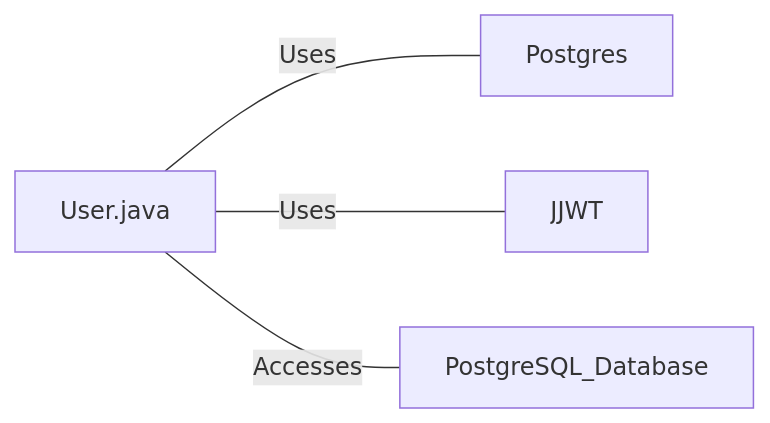
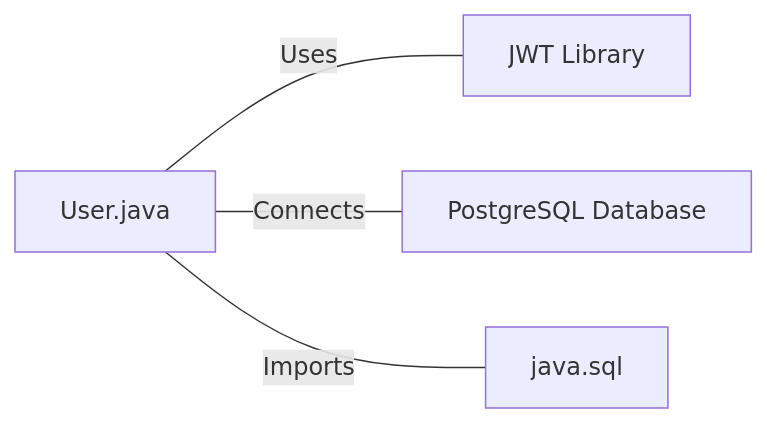
One commit to julioarruda/vulnado changed the second of 2 diagrams in wiki/src/java/com/scalesec/vulnado/User.java.md. Above: the diagram before and after it, drawn with Mermaid. The commit also changed other lines of this file and 1 other file, not shown here.

````diff
--- a/wiki/src/java/com/scalesec/vulnado/User.java.md
+++ b/wiki/src/java/com/scalesec/vulnado/User.java.md
@@ -30,6 +33,6 @@
 ```mermaid
-flowchart LR
-    User.java --- |"Uses"| Postgres
-    User.java --- |"Uses"| JJWT
-    User.java --- |"Accesses"| PostgreSQL_Database
+graph LR
+    User.java --- |"Uses"| jwt["JWT Library"]
+    User.java --- |"Connects"| postgres["PostgreSQL Database"]
+    User.java --- |"Imports"| java_sql["java.sql"]
 ```
````
